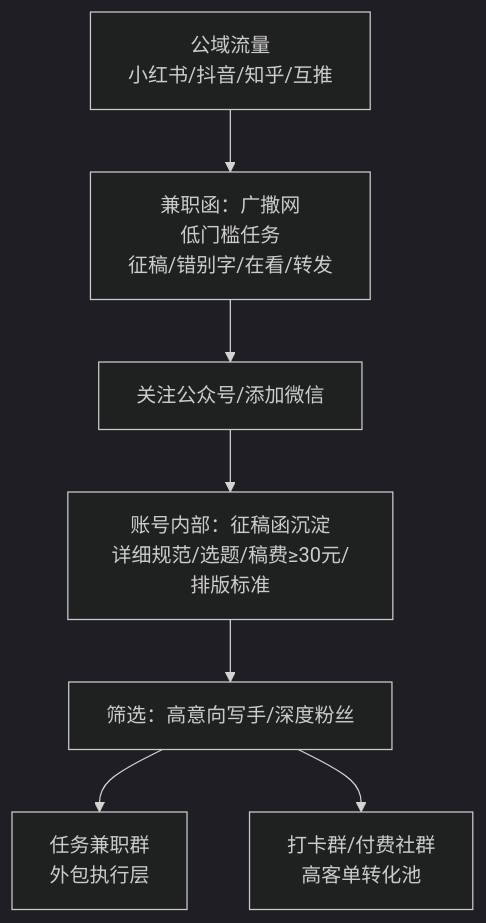
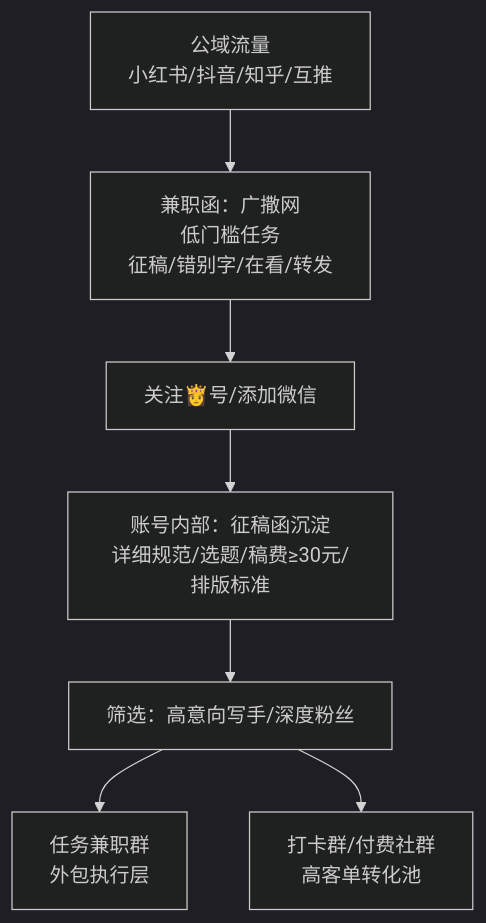
The fifth of 17 diagrams in docs/202305_paper2textbook/asset/body_fix_fef9f673e3f2ac5d232e000cf07b6bd1_1cbe366ec61a8d2e900413408606dd4c_2fbd71f0d27032695779edb4451cea29_905dee25f6228ec1e71eb8a75cbc36af.md (OpenDocCN1/flygon-zhuanqian-zhoubao), drawn with Mermaid (dark theme) before and after one commit. The commit also changed other lines of this file and 6688 other files, not shown here.

````diff
--- a/docs/202305_paper2textbook/asset/body_fix_fef9f673e3f2ac5d232e000cf07b6bd1_1cbe366ec61a8d2e900413408606dd4c_2fbd71f0d27032695779edb4451cea29_905dee25f6228ec1e71eb8a75cbc36af.md
+++ b/docs/202305_paper2textbook/asset/body_fix_fef9f673e3f2ac5d232e000cf07b6bd1_1cbe366ec61a8d2e900413408606dd4c_2fbd71f0d27032695779edb4451cea29_905dee25f6228ec1e71eb8a75cbc36af.md
@@ -241,9 +241,9 @@
 ```mermaid
 flowchart TD
     A[公域流量<br/>小红书/抖音/知乎/互推] --> B[兼职函：广撒网<br/>低门槛任务<br/>征稿/错别字/在看/转发]
-    B --> C[关注公众号/添加微信]
+    B --> C[关注👸号/添加微信]
     C --> D[账号内部：征稿函沉淀<br/>详细规范/选题/稿费≥30元/排版标准]
     D --> E[筛选：高意向写手/深度粉丝]
     E --> F[任务兼职群<br/>外包执行层]
     E --> G[打卡群/付费社群<br/>高客单转化池]
 ```
````
